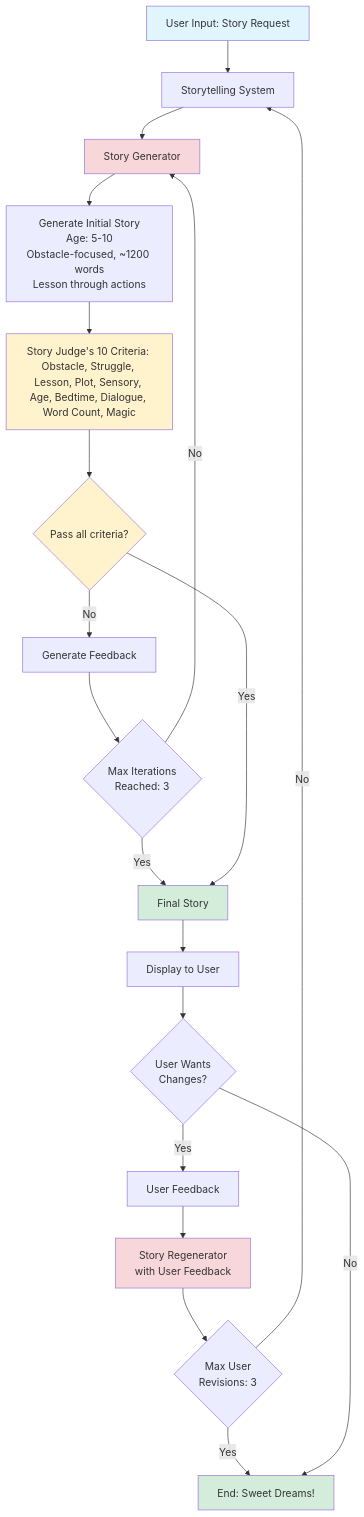
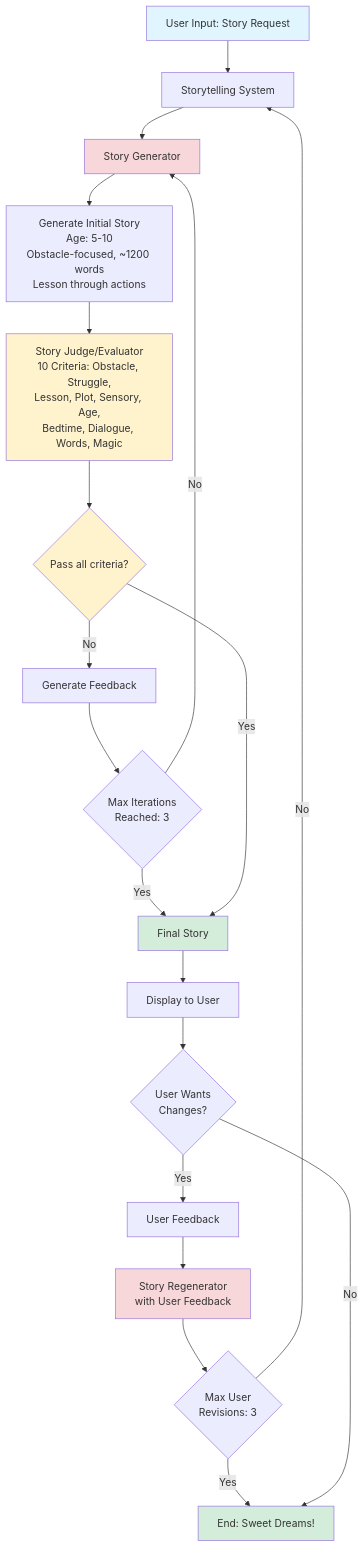
The diagram in system_diagram.mermaid (buvanipai/hippocratic-storyteller), drawn with Mermaid before and after one commit.

Commit message:
edited criteria box

```diff
--- a/system_diagram.mermaid
+++ b/system_diagram.mermaid
@@ -1,34 +1,34 @@
 graph TD
     A[User Input: Story Request] --> B[Storytelling System]
     
     B --> C[Story Generator]
     C --> D[Generate Initial Story<br/>Age: 5-10<br/>Obstacle-focused, ~1200 words<br/>Lesson through actions]
     
-    D --> E[Story Judge's 10 Criteria: Obstacle, Struggle, Lesson, Plot, Sensory, Age, Bedtime, Dialogue, Word Count, Magic]
+    D --> E[Story Judge/Evaluator<br/>10 Criteria: Obstacle, Struggle,<br/>Lesson, Plot, Sensory, Age,<br/>Bedtime, Dialogue, Words, Magic]
     E --> F{Pass all criteria?}
     
     F -->|No| G[Generate Feedback]
     G --> H{Max Iterations<br/>Reached: 3}
     H -->|No| C
     H -->|Yes| I[Final Story]
     
     F -->|Yes| I
     
     I --> J[Display to User]
     J --> K{User Wants<br/>Changes?}
     
     K -->|Yes| L[User Feedback]
     L --> M[Story Regenerator<br/>with User Feedback]
     M --> N{Max User<br/>Revisions: 3}
     N -->|No| B
     N -->|Yes| O[End: Sweet Dreams!]
     
     K -->|No| O
     
     style A fill:#e1f5ff
     style I fill:#d4edda
     style O fill:#d4edda
     style E fill:#fff3cd
     style F fill:#fff3cd
     style C fill:#f8d7da
     style M fill:#f8d7da
```
